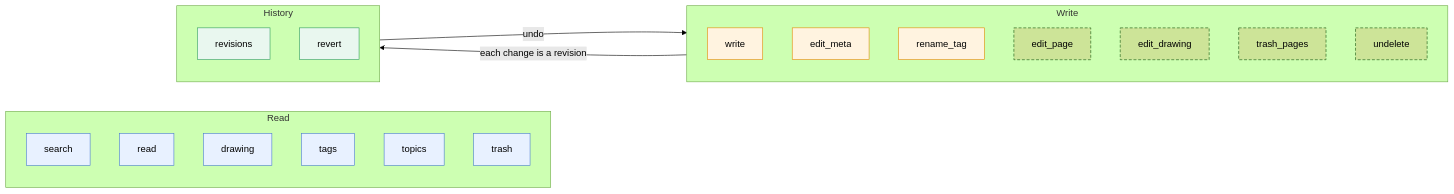
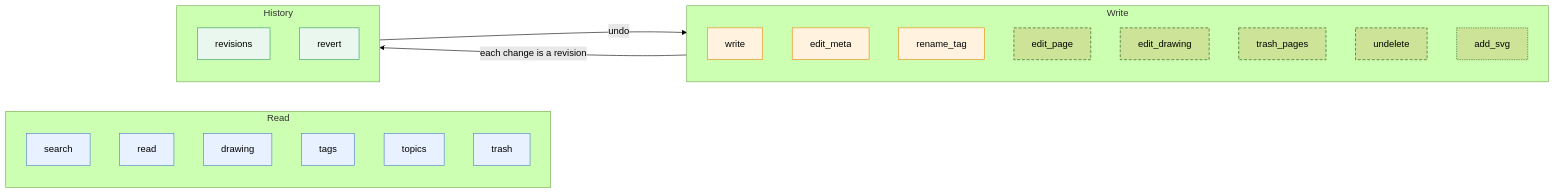
One commit to gilesknap/scrap changed the diagram in docs/reference/mcp.md. Above: the diagram before and after it, drawn with Mermaid (forest theme). The commit also changed other lines of this file and 36 other files, not shown here.

First line of the commit message:
MCP clients can add SVG diagrams and files to a page (#480) (#487)

````diff
--- a/docs/reference/mcp.md
+++ b/docs/reference/mcp.md
@@ -29,31 +31,33 @@
 ```mermaid
 flowchart LR
     classDef read fill:#e8f1ff,stroke:#4a7bd0
     classDef claude fill:#fff3e0,stroke:#e08a00
     classDef user fill:#e9f7ef,stroke:#2e9d5b
     classDef opt stroke-dasharray: 5 3
+    classDef upload stroke-dasharray: 2 2
 
     subgraph R["Read"]
         search:::read
         read:::read
         drawing:::read
         tags:::read
         topics:::read
         trash:::read
     end
     subgraph W["Write"]
         write:::claude
         edit_meta:::claude
         rename_tag:::claude
         edit_page:::opt
         edit_drawing:::opt
         trash_pages:::opt
         undelete:::opt
+        add_svg:::upload
     end
     subgraph H["History"]
         revisions:::user
         revert:::user
     end
     W -->|"each change is a revision"| H
     H -->|"undo"| W
 ```
````
